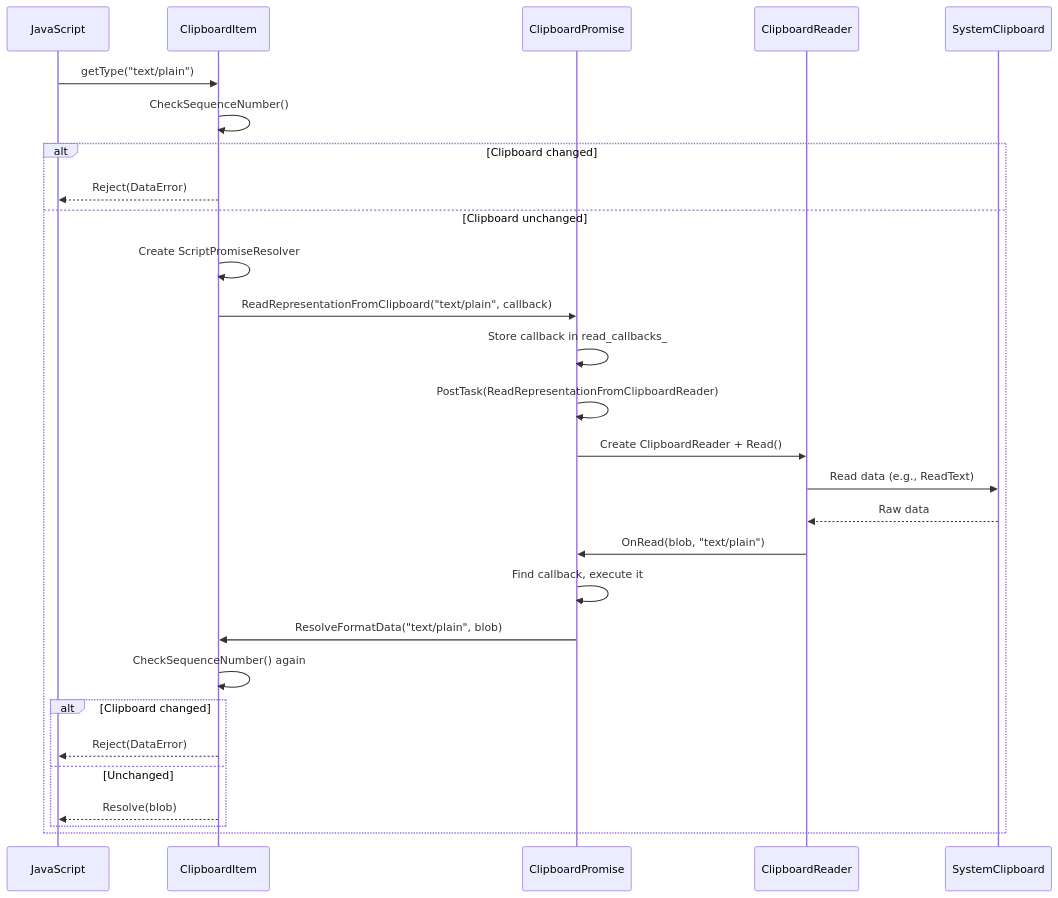
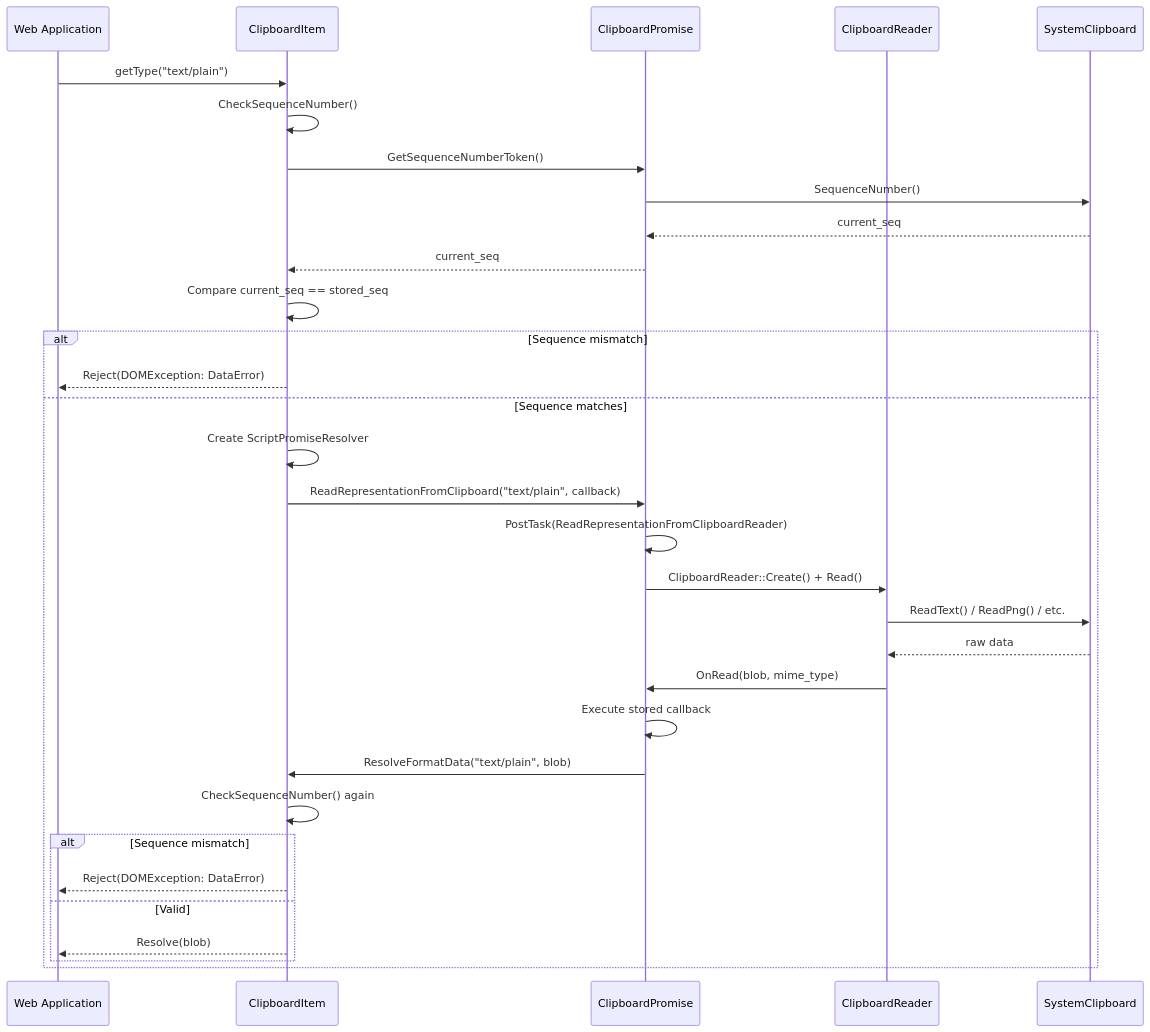
The first of 19 diagrams in fixes/cl-6978530-20260220/lld.md (roraja/cr-llm-docs), drawn with Mermaid before and after one commit. The commit also changed other lines of this file, not shown here.

````diff
--- a/fixes/cl-6978530-20260220/lld.md
+++ b/fixes/cl-6978530-20260220/lld.md
@@ -56,31 +113,35 @@
 ```mermaid
 sequenceDiagram
-    participant JS as JavaScript
+    participant WebApp as Web Application
     participant CI as ClipboardItem
     participant CP as ClipboardPromise
     participant CR as ClipboardReader
     participant SC as SystemClipboard
 
-    JS->>CI: getType("text/plain")
+    WebApp->>CI: getType("text/plain")
     CI->>CI: CheckSequenceNumber()
-    alt Clipboard changed
-        CI-->>JS: Reject(DataError)
-    else Clipboard unchanged
+    CI->>CP: GetSequenceNumberToken()
+    CP->>SC: SequenceNumber()
+    SC-->>CP: current_seq
+    CP-->>CI: current_seq
+    CI->>CI: Compare current_seq == stored_seq
+    alt Sequence mismatch
+        CI-->>WebApp: Reject(DOMException: DataError)
+    else Sequence matches
         CI->>CI: Create ScriptPromiseResolver
         CI->>CP: ReadRepresentationFromClipboard("text/plain", callback)
-        CP->>CP: Store callback in read_callbacks_
         CP->>CP: PostTask(ReadRepresentationFromClipboardReader)
-        CP->>CR: Create ClipboardReader + Read()
-        CR->>SC: Read data (e.g., ReadText)
-        SC-->>CR: Raw data
-        CR->>CP: OnRead(blob, "text/plain")
-        CP->>CP: Find callback, execute it
+        CP->>CR: ClipboardReader::Create() + Read()
+        CR->>SC: ReadText() / ReadPng() / etc.
+        SC-->>CR: raw data
+        CR->>CP: OnRead(blob, mime_type)
+        CP->>CP: Execute stored callback
         CP->>CI: ResolveFormatData("text/plain", blob)
         CI->>CI: CheckSequenceNumber() again
-        alt Clipboard changed
-            CI-->>JS: Reject(DataError)
-        else Unchanged
-            CI-->>JS: Resolve(blob)
+        alt Sequence mismatch
+            CI-->>WebApp: Reject(DOMException: DataError)
+        else Valid
+            CI-->>WebApp: Resolve(blob)
         end
     end
 ```
````
